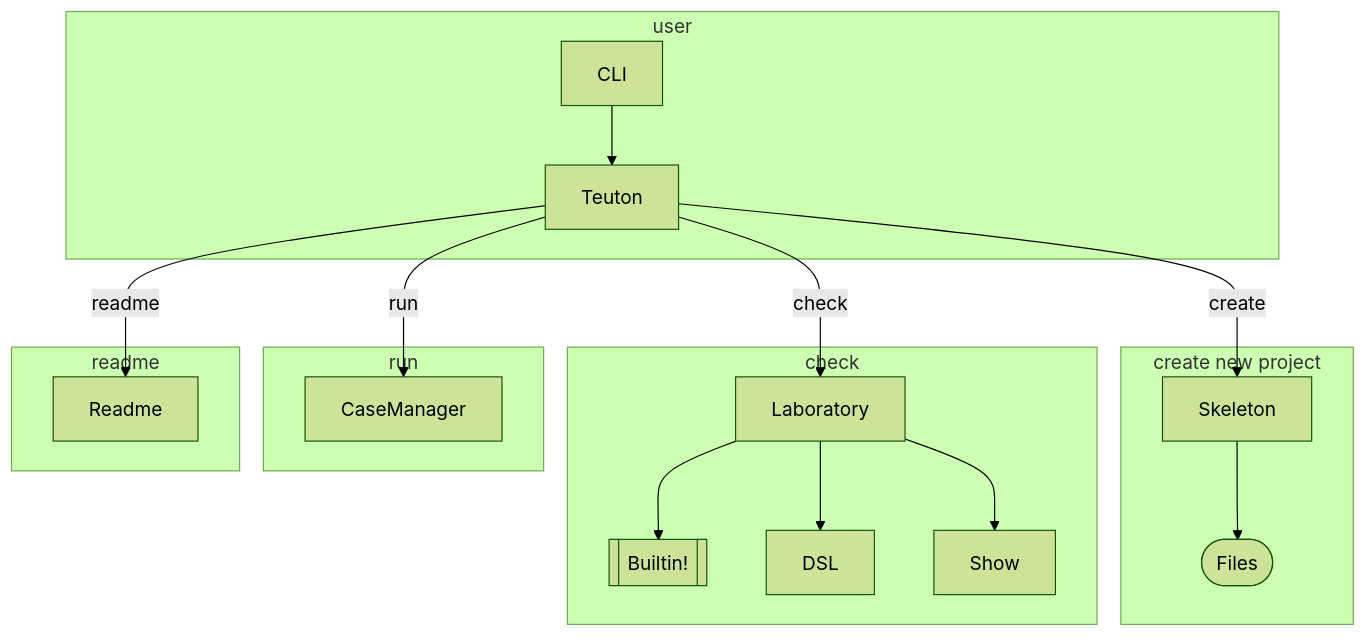
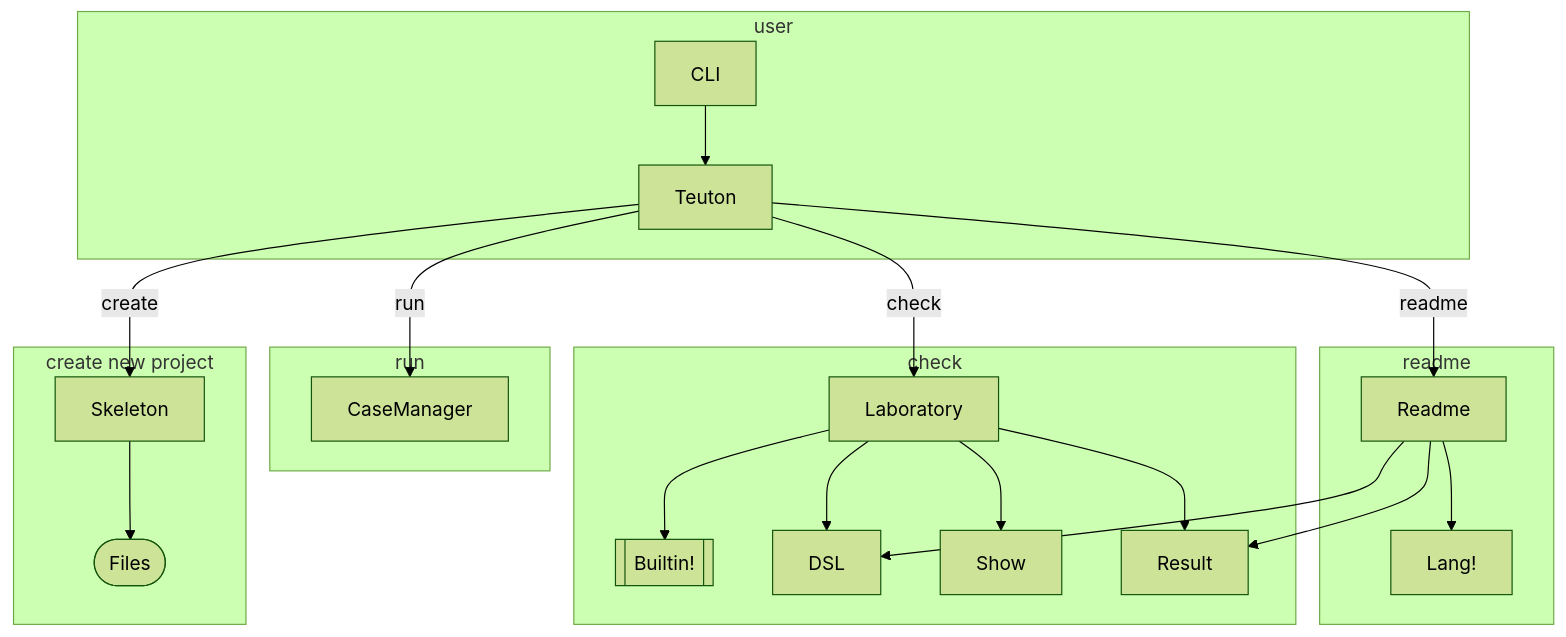
One commit to teuton-software/teuton changed the diagram in docs/diagram.md. Above: the diagram before and after it, drawn with Mermaid (forest theme).

````diff
--- a/docs/diagram.md
+++ b/docs/diagram.md
@@ -5,27 +5,31 @@
 ```mermaid
 flowchart TB
 
 subgraph user
   CLI --> Teuton
 end
 
 subgraph "create new project"
   Teuton -- create --> Skeleton
   Skeleton --> Files([Files])
 end
 
 subgraph check
   Teuton -- check --> Laboratory
   Laboratory --> Builtin[[Builtin!]]
   Laboratory --> DSL
   Laboratory --> Show  
+  Laboratory --> Result
 end
 
 subgraph run
   Teuton -- run --> CaseManager
 end
 
 subgraph readme
   Teuton -- readme --> Readme
+  Readme --> DSL
+  Readme --> Lang!  
+  Readme --> Result
 end
 ```
````
